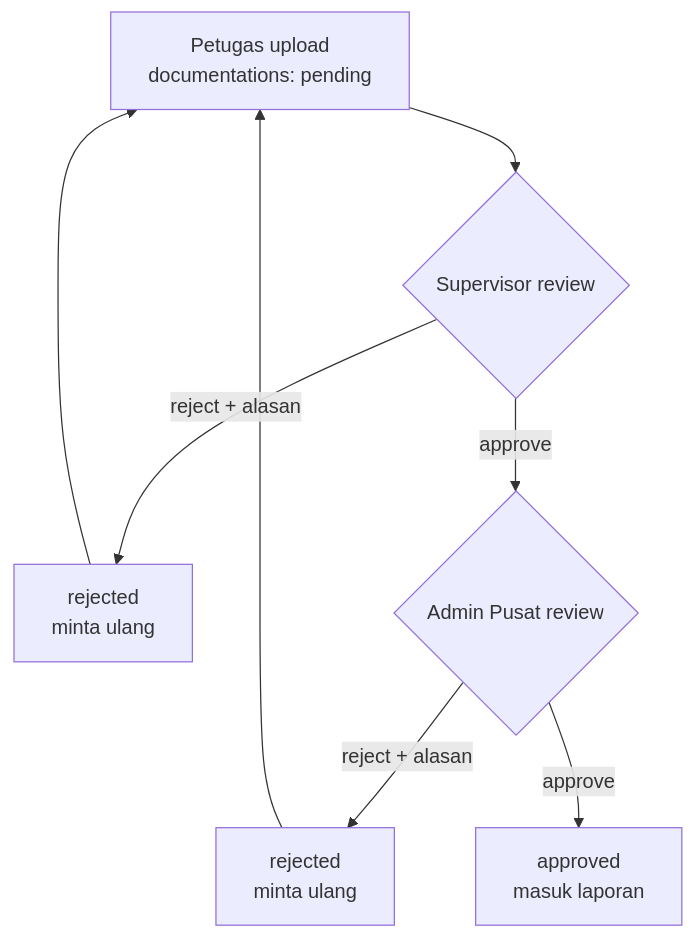
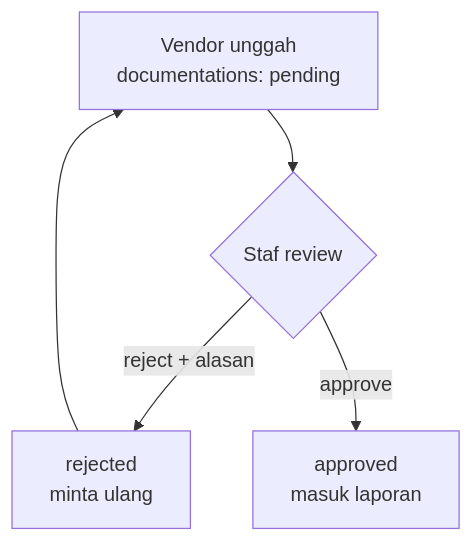
Before and after one commit to aiagent-zs/suksesaqiqah1: the third of 5 diagrams in docs/08_WORKFLOW_MAP.md, drawn with Mermaid. The commit also changed other lines of this file and 5 other files, not shown here.

````diff
--- a/docs/08_WORKFLOW_MAP.md
+++ b/docs/08_WORKFLOW_MAP.md
@@ -75,10 +107,7 @@
 ```mermaid
 flowchart TB
-    U[Petugas upload\ndocumentations: pending] --> S{Supervisor review}
-    S -->|reject + alasan| R1[rejected\nminta ulang]
-    R1 --> U
-    S -->|approve| P{Admin Pusat review}
-    P -->|reject + alasan| R2[rejected\nminta ulang]
-    R2 --> U
-    P -->|approve| A[approved\nmasuk laporan]
+    U[Vendor unggah\ndocumentations: pending] --> S{Staf review}
+    S -->|reject + alasan| R[rejected\nminta ulang]
+    R --> U
+    S -->|approve| A[approved\nmasuk laporan]
 ```
````
